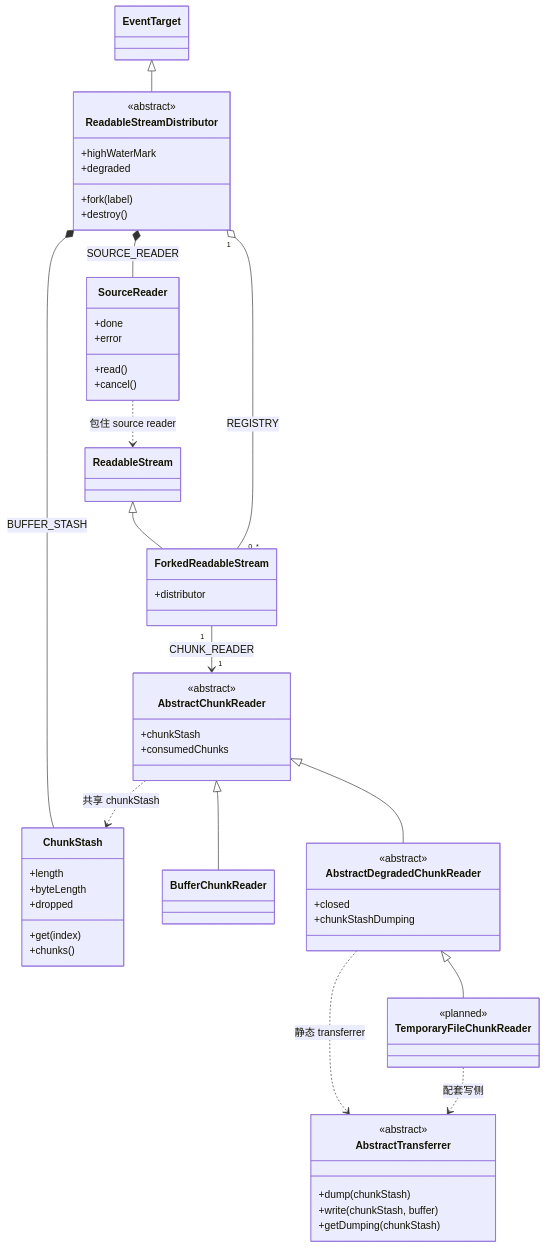
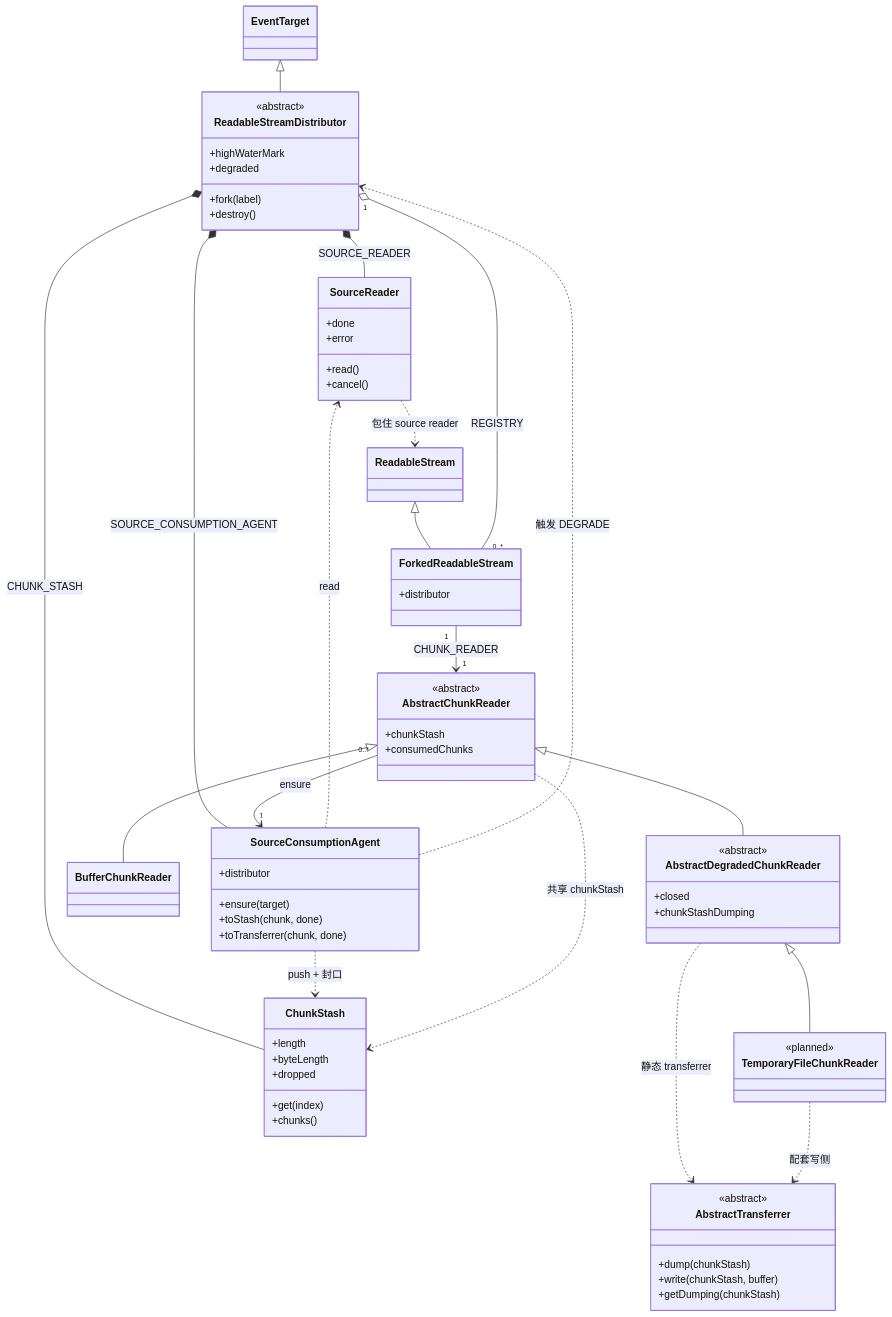
One commit to produck/node-readable-stream-distributor changed the second of 6 diagrams in DESIGN.md. Above: the diagram before and after it, drawn with Mermaid. The commit also changed other lines of this file and 9 other files, not shown here.

```diff
--- a/DESIGN.md
+++ b/DESIGN.md
@@ -148,6 +149,13 @@
         +error
         +read()
         +cancel()
+    }
+
+    class SourceConsumptionAgent {
+        +distributor
+        +ensure(target)
+        +toStash(chunk, done)
+        +toTransferrer(chunk, done)
     }
 
     class ForkedReadableStream {
@@ -185,10 +193,15 @@
     AbstractChunkReader <|-- AbstractDegradedChunkReader
     AbstractDegradedChunkReader <|-- TemporaryFileChunkReader
 
-    ReadableStreamDistributor *-- ChunkStash : BUFFER_STASH
+    ReadableStreamDistributor *-- ChunkStash : CHUNK_STASH
     ReadableStreamDistributor *-- SourceReader : SOURCE_READER
+    ReadableStreamDistributor *-- SourceConsumptionAgent : SOURCE_CONSUMPTION_AGENT
     ReadableStreamDistributor "1" o-- "0..*" ForkedReadableStream : REGISTRY
     ForkedReadableStream "1" --> "1" AbstractChunkReader : CHUNK_READER
+    AbstractChunkReader "0..*" --> "1" SourceConsumptionAgent : ensure
+    SourceConsumptionAgent ..> SourceReader : read
+    SourceConsumptionAgent ..> ChunkStash : push + 封口
+    SourceConsumptionAgent ..> ReadableStreamDistributor : 触发 DEGRADE
     AbstractChunkReader ..> ChunkStash : 共享 chunkStash
     AbstractDegradedChunkReader ..> AbstractTransferrer : 静态 transferrer
     TemporaryFileChunkReader ..> AbstractTransferrer : 配套写侧
```
